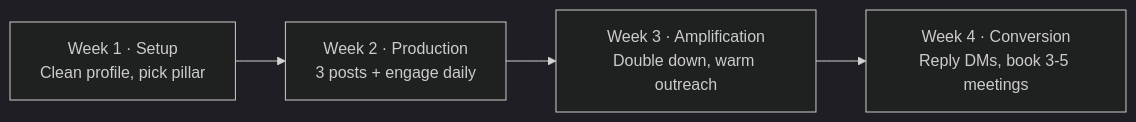
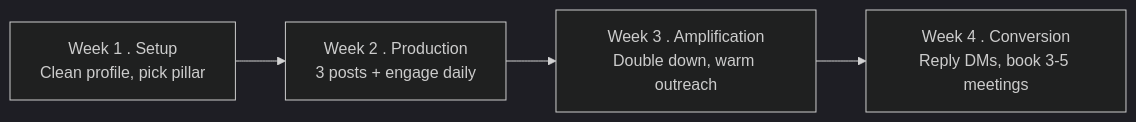
The third of 3 diagrams in docs/first-60-days/week-7/day-42.md (leotansingapore/aia-product-compass-hub), drawn with Mermaid (dark theme) before and after one commit. The commit also changed other lines of this file and 75 other files, not shown here.

````diff
--- a/docs/first-60-days/week-7/day-42.md
+++ b/docs/first-60-days/week-7/day-42.md
@@ -187,8 +187,8 @@
 ```mermaid
 flowchart LR
-    W1["Week 1 · Setup<br/>Clean profile, pick pillar"]
-    W2["Week 2 · Production<br/>3 posts + engage daily"]
-    W3["Week 3 · Amplification<br/>Double down, warm outreach"]
-    W4["Week 4 · Conversion<br/>Reply DMs, book 3-5 meetings"]
+    W1["Week 1 . Setup<br/>Clean profile, pick pillar"]
+    W2["Week 2 . Production<br/>3 posts + engage daily"]
+    W3["Week 3 . Amplification<br/>Double down, warm outreach"]
+    W4["Week 4 . Conversion<br/>Reply DMs, book 3-5 meetings"]
     W1 --> W2 --> W3 --> W4
 ```
````
